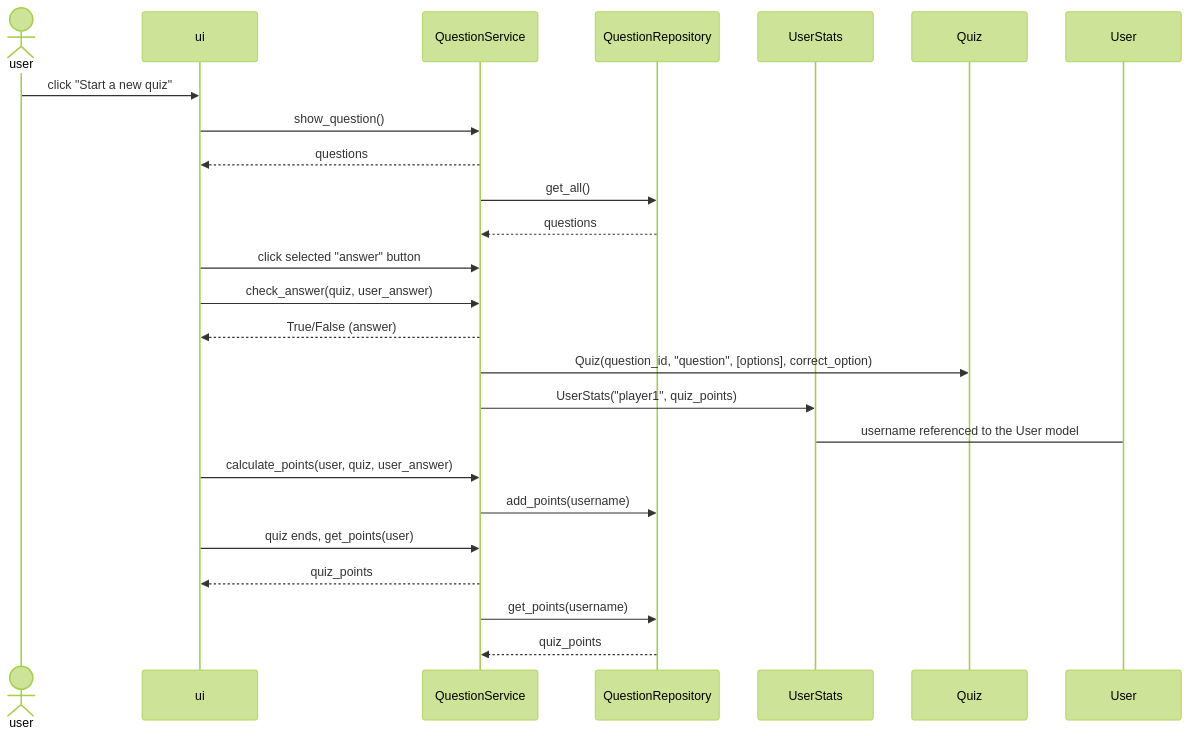
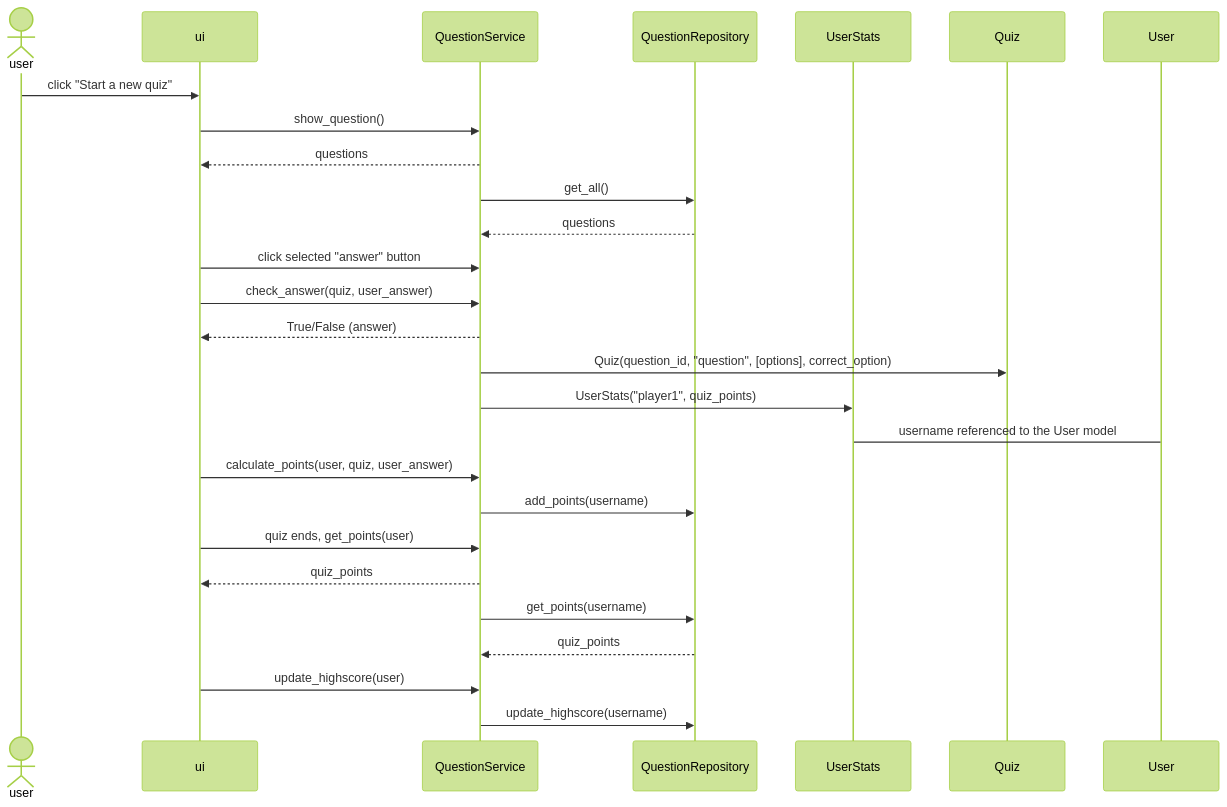
One commit to mikaelri/ot-harjoitusty- changed the third of 4 diagrams in quiz-app/documentation/architecture.md. Above: the diagram before and after it, drawn with Mermaid (forest theme). The commit also changed other lines of this file, not shown here.

Commit message:
update architecture

````diff
--- a/quiz-app/documentation/architecture.md
+++ b/quiz-app/documentation/architecture.md
@@ -83,32 +125,35 @@
 ```mermaid
 sequenceDiagram
 
 Actor user
 Participant ui
 Participant QuestionService
 Participant QuestionRepository
 Participant UserStats
 Participant Quiz
 
 user ->> ui: click "Start a new quiz"
 ui ->> QuestionService: show_question()
 QuestionService -->> ui: questions
 QuestionService ->> QuestionRepository: get_all()
 QuestionRepository -->> QuestionService: questions
 
 ui ->> QuestionService: click selected "answer" button
 ui ->> QuestionService: check_answer(quiz, user_answer)
 
 QuestionService -->> ui: True/False (answer)
 QuestionService ->> Quiz: Quiz(question_id, "question", [options], correct_option)
 QuestionService ->> UserStats: UserStats("player1", quiz_points)
 UserStats -> User: username referenced to the User model
 
 ui ->> QuestionService: calculate_points(user, quiz, user_answer)
 QuestionService ->> QuestionRepository: add_points(username)
 
 ui ->> QuestionService: quiz ends, get_points(user)
 QuestionService -->> ui: quiz_points
 QuestionService ->> QuestionRepository: get_points(username)
 QuestionRepository -->> QuestionService: quiz_points
+
+ui ->> QuestionService: update_highscore(user)
+QuestionService ->> QuestionRepository: update_highscore(username)
 ```
````
